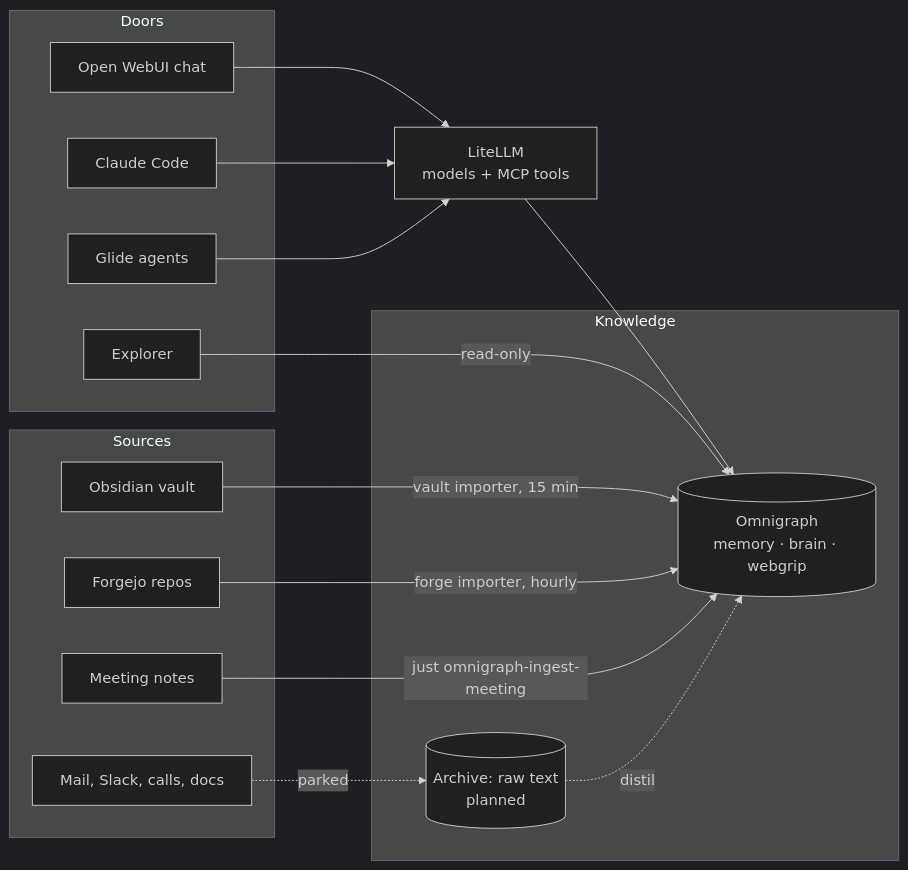
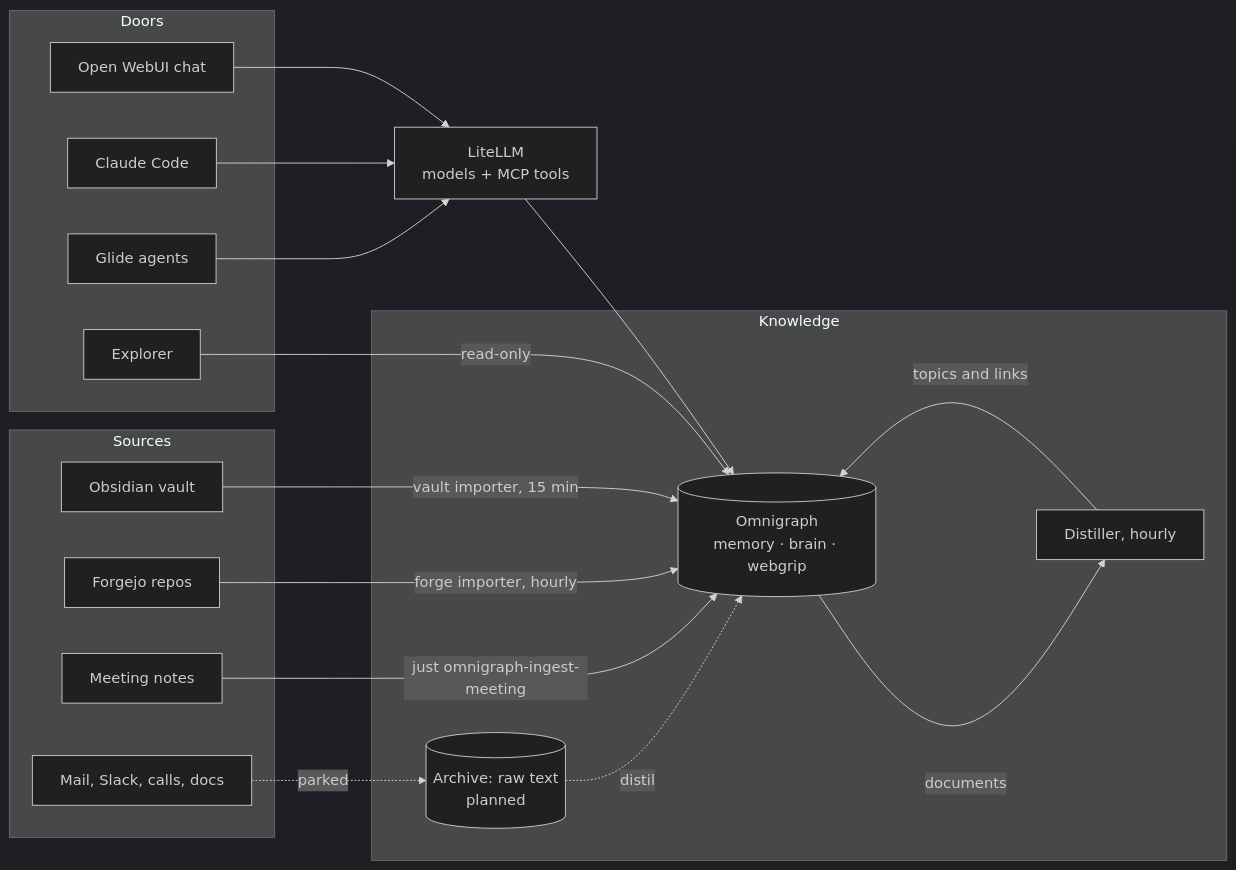
One commit to webgrip/homelab-cluster changed the diagram in docs/techdocs/docs/general/knowledge-system.md. Above: the diagram before and after it, drawn with Mermaid (dark theme). The commit also changed other lines of this file and 32 other files, not shown here.

First line of the commit message:
feat(omnigraph): distil brain documents into topics and entities

````diff
--- a/docs/techdocs/docs/general/knowledge-system.md
+++ b/docs/techdocs/docs/general/knowledge-system.md
@@ -17,29 +18,32 @@
 ```mermaid
 flowchart LR
   subgraph Sources
     OB[Obsidian vault]
     FJ[Forgejo repos]
     MT[Meeting notes]
     ML[Mail, Slack, calls, docs]
   end
   subgraph Knowledge
     AR[(Archive: raw text<br/>planned)]
     OG[(Omnigraph<br/>memory · brain · webgrip)]
+    DS[Distiller, hourly]
   end
   subgraph Doors
     CH[Open WebUI chat]
     CC[Claude Code]
     GL[Glide agents]
     EX[Explorer]
   end
   OB -->|vault importer, 15 min| OG
   FJ -->|forge importer, hourly| OG
   MT -->|just omnigraph-ingest-meeting| OG
   ML -.->|parked| AR
   AR -.->|distil| OG
+  OG -->|documents| DS
+  DS -->|topics and links| OG
   CH --> LL[LiteLLM<br/>models + MCP tools]
   CC --> LL
   GL --> LL
   LL --> OG
   EX -->|read-only| OG
 ```
````
